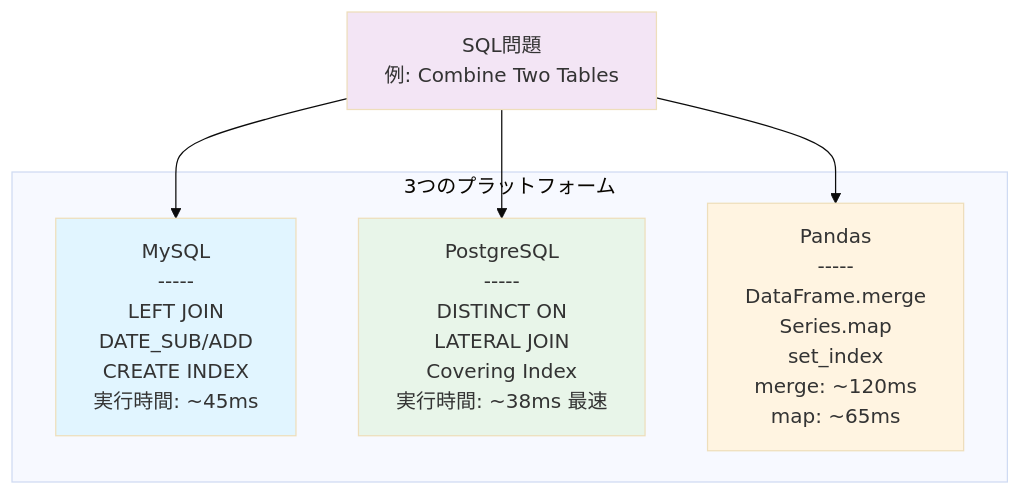
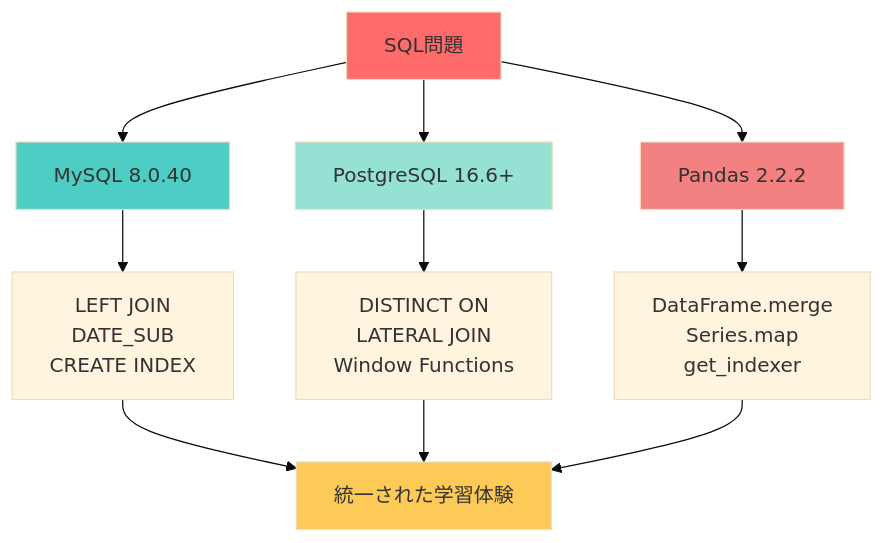
The sixth of 9 diagrams in README.md (myoshi2891/Algorithm-DataStructures-Math-SQL), drawn with Mermaid (base theme) before and after one commit. The commit also changed other lines of this file, not shown here.

````diff
--- a/README.md
+++ b/README.md
@@ -385,19 +391,20 @@
 ```mermaid
 graph TB
-    SQL[SQL問題<br/>例: Combine Two Tables]
-
-    subgraph Platforms[3つのプラットフォーム]
-        MySQL[MySQL<br/>-----<br/>LEFT JOIN<br/>DATE_SUB/ADD<br/>CREATE INDEX<br/>実行時間: ~45ms]
-        PostgreSQL[PostgreSQL<br/>-----<br/>DISTINCT ON<br/>LATERAL JOIN<br/>Covering Index<br/>実行時間: ~38ms 最速]
-        Pandas[Pandas<br/>-----<br/>DataFrame.merge<br/>Series.map<br/>set_index<br/>merge: ~120ms<br/>map: ~65ms]
-    end
-
-    SQL --> MySQL
-    SQL --> PostgreSQL
-    SQL --> Pandas
-
-    style SQL fill:#f3e5f5
-    style MySQL fill:#e1f5ff
-    style PostgreSQL fill:#e8f5e9
-    style Pandas fill:#fff4e1
+    Problem[SQL問題] --> M[MySQL 8.0.40]
+    Problem --> P[PostgreSQL 16.6+]
+    Problem --> Pd[Pandas 2.2.2]
+    
+    M --> M1[LEFT JOIN<br/>DATE_SUB<br/>CREATE INDEX]
+    P --> P1[DISTINCT ON<br/>LATERAL JOIN<br/>Window Functions]
+    Pd --> Pd1[DataFrame.merge<br/>Series.map<br/>get_indexer]
+    
+    M1 --> Result[統一された学習体験]
+    P1 --> Result
+    Pd1 --> Result
+    
+    style Problem fill:#ff6b6b
+    style M fill:#4ecdc4
+    style P fill:#95e1d3
+    style Pd fill:#f38181
+    style Result fill:#feca57
 ```
````
